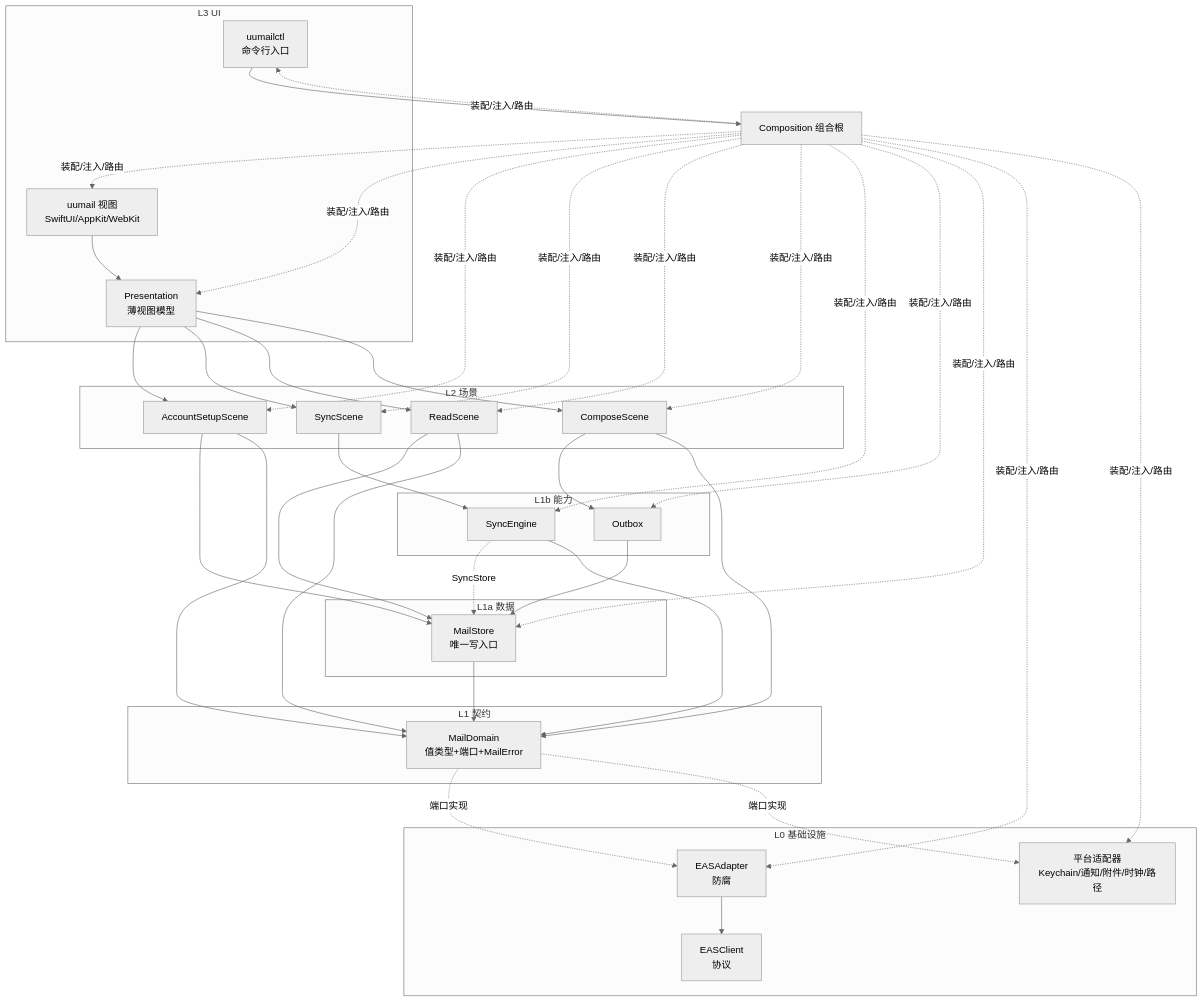
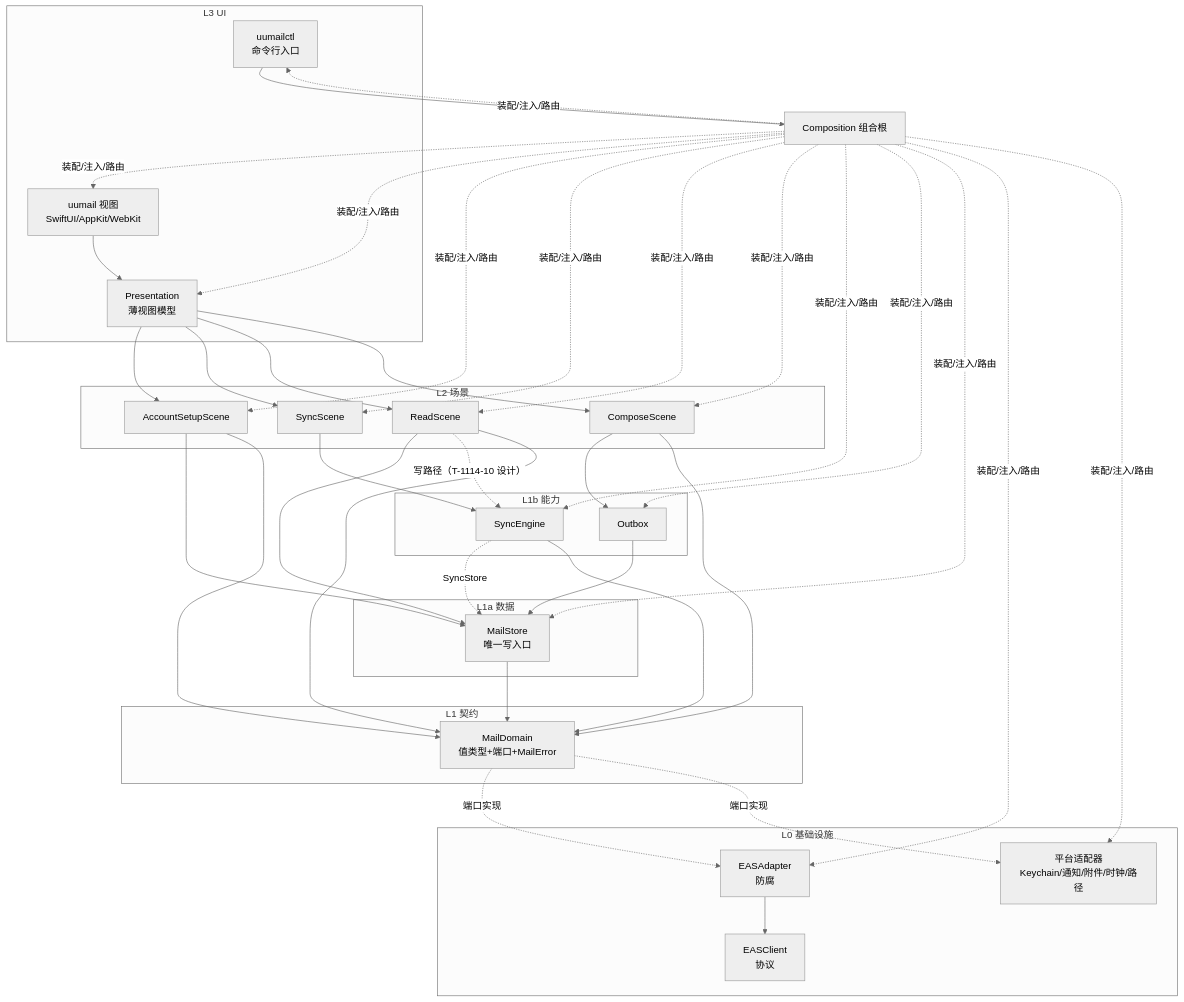
One commit to chenlong828/uumail changed the diagram in doc/design/architecture.md. Above: the diagram before and after it, drawn with Mermaid (neutral theme). The commit also changed other lines of this file and 21 other files, not shown here.

````diff
--- a/doc/design/architecture.md
+++ b/doc/design/architecture.md
@@ -65,44 +67,45 @@
 ```mermaid
 graph TD
   subgraph L3[L3 UI]
     VIEW[uumail 视图<br/>SwiftUI/AppKit/WebKit]
     PRES[Presentation<br/>薄视图模型]
     CLI[uumailctl<br/>命令行入口]
   end
   subgraph L2[L2 场景]
     S1[AccountSetupScene]
     S2[SyncScene]
     S3[ReadScene]
     S4[ComposeScene]
   end
   subgraph L1b[L1b 能力]
     SYNC[SyncEngine]
     OUT[Outbox]
   end
   subgraph L1[L1 契约]
     DOM[MailDomain<br/>值类型+端口+MailError]
   end
   subgraph L1a[L1a 数据]
     STORE[MailStore<br/>唯一写入口]
   end
   subgraph L0[L0 基础设施]
     AD[EASAdapter<br/>防腐]
     EAS[EASClient<br/>协议]
     PLAT[平台适配器<br/>Keychain/通知/附件/时钟/路径]
   end
   VIEW --> PRES
   PRES --> S1 & S2 & S3 & S4
   S1 --> STORE
   S2 --> SYNC
   S3 --> STORE
+  S3 -.写路径（T-1114-10 设计）.-> SYNC
   S4 --> OUT
   SYNC -.SyncStore.-> STORE
   OUT --> STORE
   STORE --> DOM
   SYNC --> DOM
   S1 & S3 & S4 --> DOM
   DOM -.端口实现.-> AD & PLAT
   AD --> EAS
   ROOT[Composition 组合根] -.装配/注入/路由.-> VIEW & CLI & PRES & S1 & S2 & S3 & S4 & SYNC & OUT & STORE & AD & PLAT
   CLI --> ROOT
 ```
````
